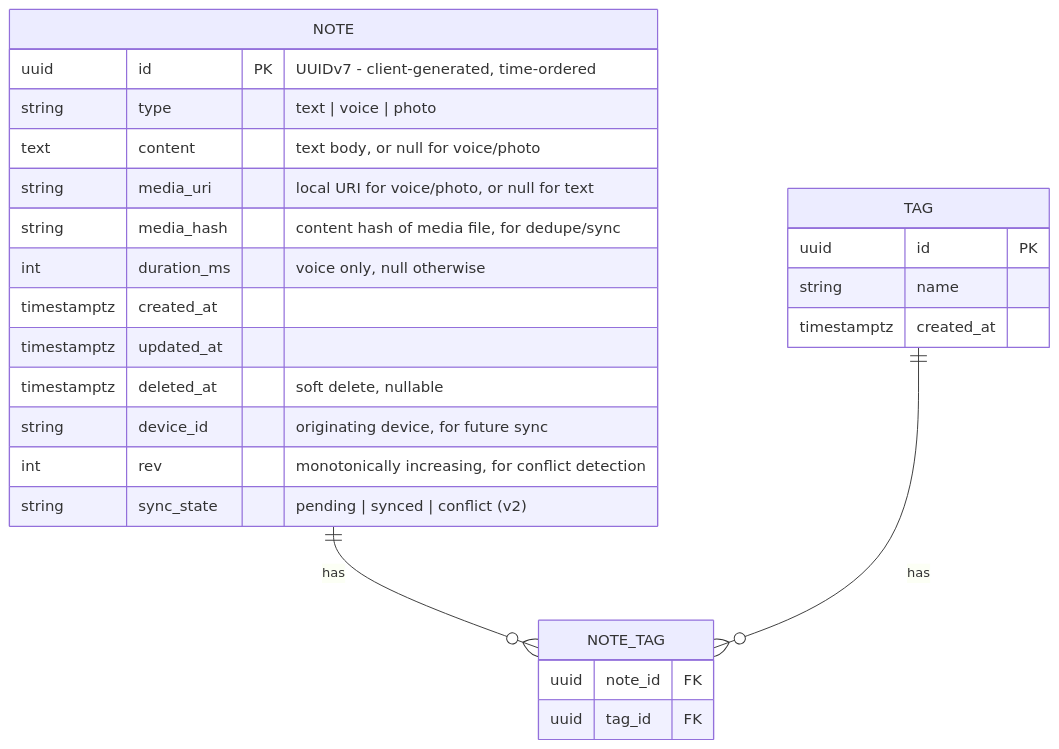
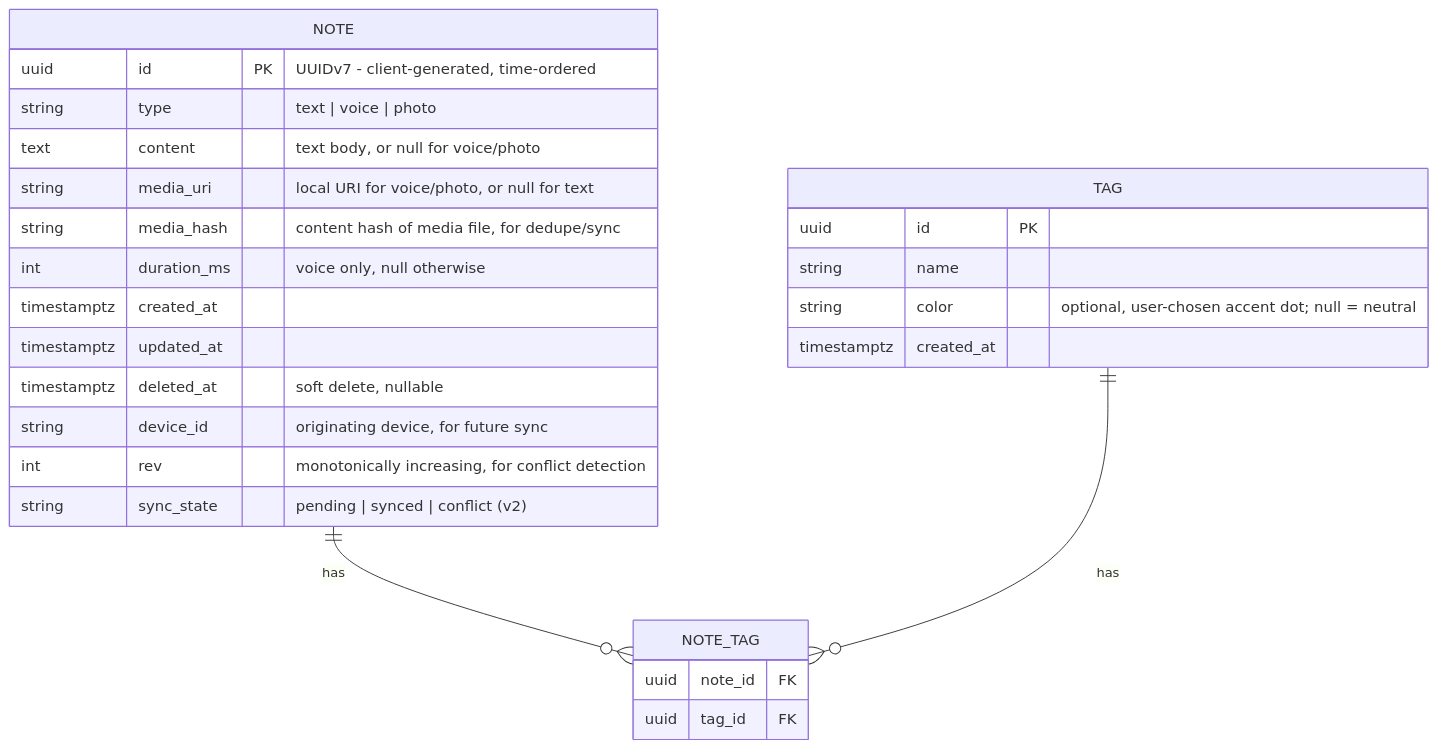
Before and after one commit to sanyzrn/DbsNex: the second of 2 diagrams in 02-product-specification.md, drawn with Mermaid. The commit also changed other lines of this file and 9 other files, not shown here.

````diff
--- a/02-product-specification.md
+++ b/02-product-specification.md
@@ -173,28 +181,29 @@
 ```mermaid
 erDiagram
     NOTE ||--o{ NOTE_TAG : has
     TAG ||--o{ NOTE_TAG : has
     NOTE {
         uuid id PK "UUIDv7 - client-generated, time-ordered"
         string type "text | voice | photo"
         text content "text body, or null for voice/photo"
         string media_uri "local URI for voice/photo, or null for text"
         string media_hash "content hash of media file, for dedupe/sync"
         int duration_ms "voice only, null otherwise"
         timestamptz created_at
         timestamptz updated_at
         timestamptz deleted_at "soft delete, nullable"
         string device_id "originating device, for future sync"
         int rev "monotonically increasing, for conflict detection"
         string sync_state "pending | synced | conflict (v2)"
     }
     TAG {
         uuid id PK
         string name
+        string color "optional, user-chosen accent dot; null = neutral"
         timestamptz created_at
     }
     NOTE_TAG {
         uuid note_id FK
         uuid tag_id FK
     }
 ```
````
